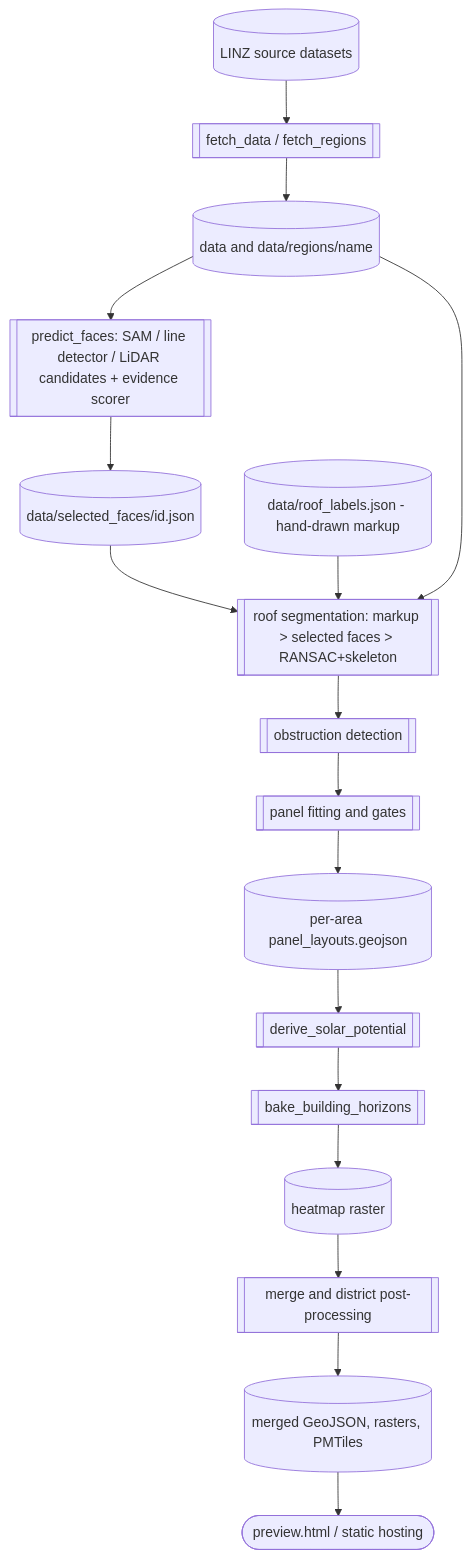
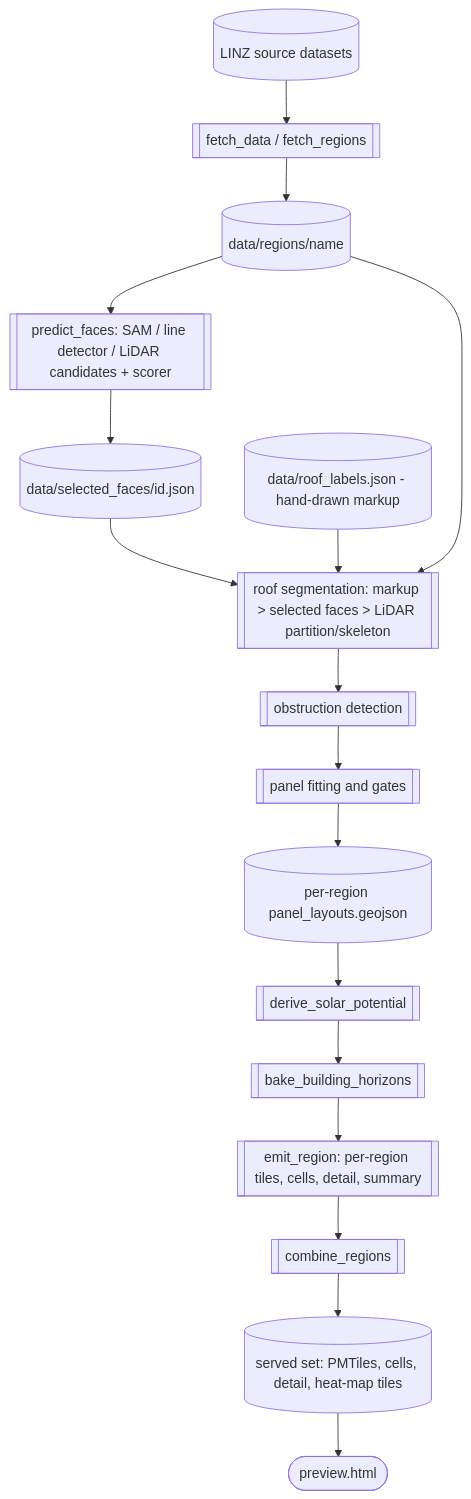
Before and after one commit to rewiring-nz/nz-solar-potential: the diagram in docs/developers/architecture.md, drawn with Mermaid. The commit also changed other lines of this file and 25 other files, not shown here.

````diff
--- a/docs/developers/architecture.md
+++ b/docs/developers/architecture.md
@@ -16,19 +13,19 @@
 ```mermaid
 flowchart TB
   LINZ[(LINZ source datasets)] --> Fetch[[fetch_data / fetch_regions]]
-  Fetch --> Inputs[(data and data/regions/name)]
-  Inputs --> Vision[[predict_faces: SAM / line detector / LiDAR candidates + evidence scorer]]
+  Fetch --> Inputs[(data/regions/name)]
+  Inputs --> Vision[[predict_faces: SAM / line detector / LiDAR candidates + scorer]]
   Vision --> Selected[(data/selected_faces/id.json)]
   Selected --> Segment
   Labels[(data/roof_labels.json - hand-drawn markup)] --> Segment
-  Inputs --> Segment[[roof segmentation: markup > selected faces > RANSAC+skeleton]]
+  Inputs --> Segment[[roof segmentation: markup > selected faces > LiDAR partition/skeleton]]
   Segment --> Detect[[obstruction detection]]
   Detect --> Fit[[panel fitting and gates]]
-  Fit --> Layouts[(per-area panel_layouts.geojson)]
+  Fit --> Layouts[(per-region panel_layouts.geojson)]
   Layouts --> Derive[[derive_solar_potential]]
   Derive --> Horizon[[bake_building_horizons]]
-  Horizon --> Raster[(heatmap raster)]
-  Raster --> Merge[[merge and district post-processing]]
-  Merge --> Outputs[(merged GeoJSON, rasters, PMTiles)]
-  Outputs --> Map([preview.html / static hosting])
+  Horizon --> Emit[[emit_region: per-region tiles, cells, detail, summary]]
+  Emit --> Combine[[combine_regions]]
+  Combine --> Outputs[(served set: PMTiles, cells, detail, heat-map tiles)]
+  Outputs --> Map([preview.html])
 ```
````
